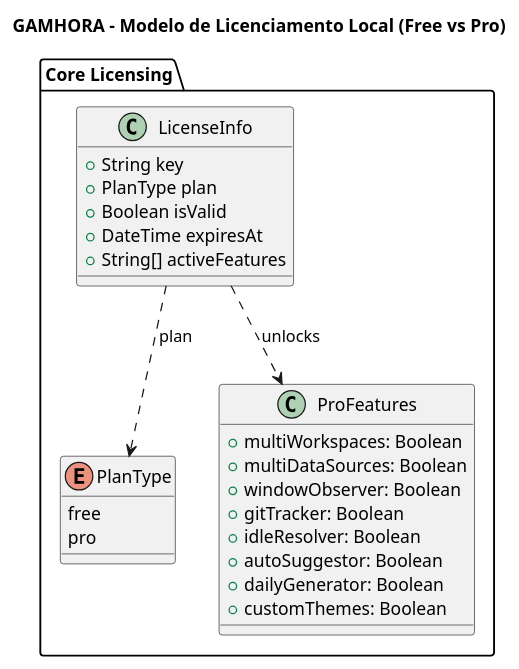
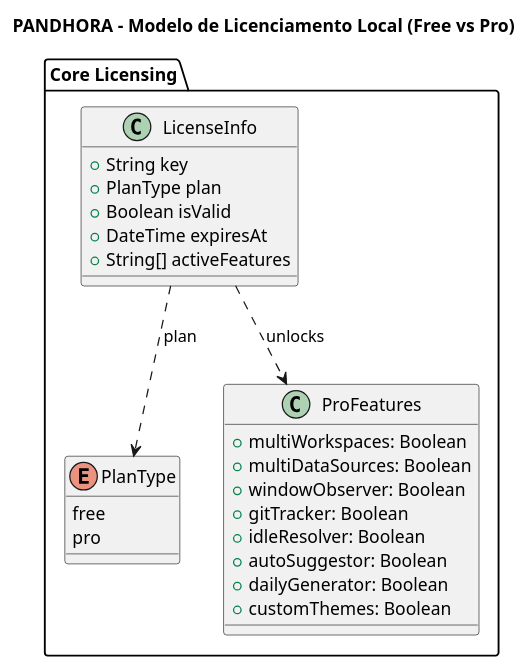
The diagram in docs/srs/diagrams/puml/classes/diagram-classes-004-license-plan.puml (Gustavohps10/gamhora), drawn with PlantUML before and after one commit. The commit also changed 317 other files, not shown here.

```diff
--- a/docs/srs/diagrams/puml/classes/diagram-classes-004-license-plan.puml
+++ b/docs/srs/diagrams/puml/classes/diagram-classes-004-license-plan.puml
@@ -1,30 +1,30 @@
 @startuml ClassLicensePlan
-title GAMHORA - Modelo de Licenciamento Local (Free vs Pro)
+title PANDHORA - Modelo de Licenciamento Local (Free vs Pro)
 package "Core Licensing" {
     class LicenseInfo {
         +String key
         +PlanType plan
         +Boolean isValid
         +DateTime expiresAt
         +String[] activeFeatures
     }
     
     enum PlanType {
         free
         pro
     }
 
     class ProFeatures {
         +multiWorkspaces: Boolean
         +multiDataSources: Boolean
         +windowObserver: Boolean
         +gitTracker: Boolean
         +idleResolver: Boolean
         +autoSuggestor: Boolean
         +dailyGenerator: Boolean
         +customThemes: Boolean
     }
 }
 LicenseInfo ..> PlanType : plan
 LicenseInfo ..> ProFeatures : unlocks
 @enduml
```
